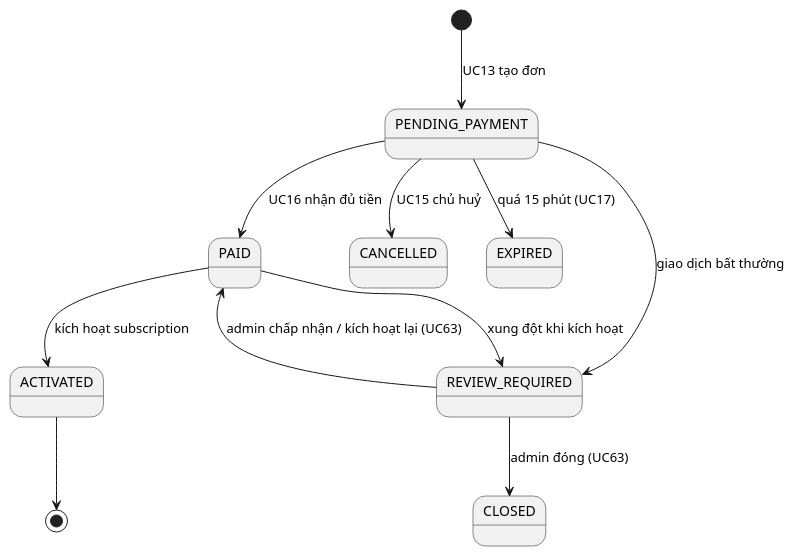
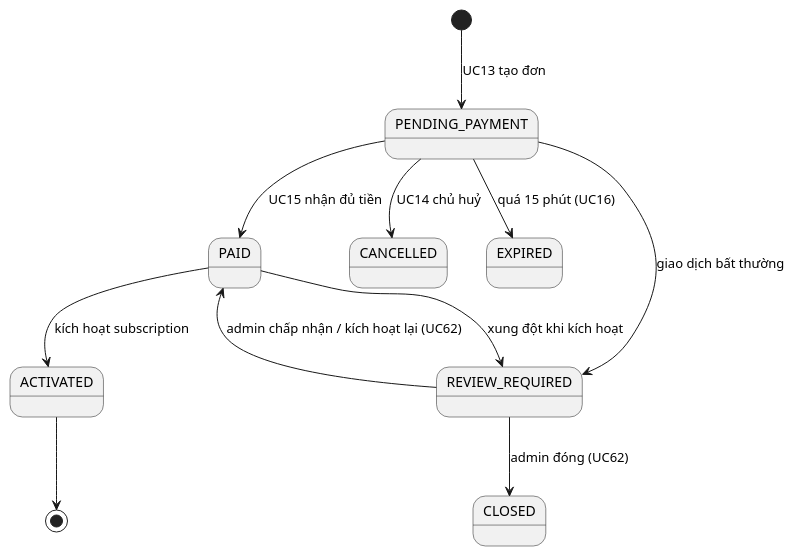
The second of 2 diagrams in docs/usecase/03-goi-dich-vu.md (TruongHidu/XayPOS_be), drawn with PlantUML before and after one commit. The commit also changed other lines of this file and 50 other files, not shown here.

````diff
--- a/docs/usecase/03-goi-dich-vu.md
+++ b/docs/usecase/03-goi-dich-vu.md
@@ -45,14 +43,14 @@
 ```plantuml
 @startuml ST_Purchase
 [*] --> PENDING_PAYMENT : UC13 tạo đơn
-PENDING_PAYMENT --> PAID : UC16 nhận đủ tiền
-PENDING_PAYMENT --> CANCELLED : UC15 chủ huỷ
-PENDING_PAYMENT --> EXPIRED : quá 15 phút (UC17)
+PENDING_PAYMENT --> PAID : UC15 nhận đủ tiền
+PENDING_PAYMENT --> CANCELLED : UC14 chủ huỷ
+PENDING_PAYMENT --> EXPIRED : quá 15 phút (UC16)
 PENDING_PAYMENT --> REVIEW_REQUIRED : giao dịch bất thường
 PAID --> ACTIVATED : kích hoạt subscription
 PAID --> REVIEW_REQUIRED : xung đột khi kích hoạt
-REVIEW_REQUIRED --> PAID : admin chấp nhận / kích hoạt lại (UC63)
-REVIEW_REQUIRED --> CLOSED : admin đóng (UC63)
+REVIEW_REQUIRED --> PAID : admin chấp nhận / kích hoạt lại (UC62)
+REVIEW_REQUIRED --> CLOSED : admin đóng (UC62)
 ACTIVATED --> [*]
 @enduml
 ```
````
